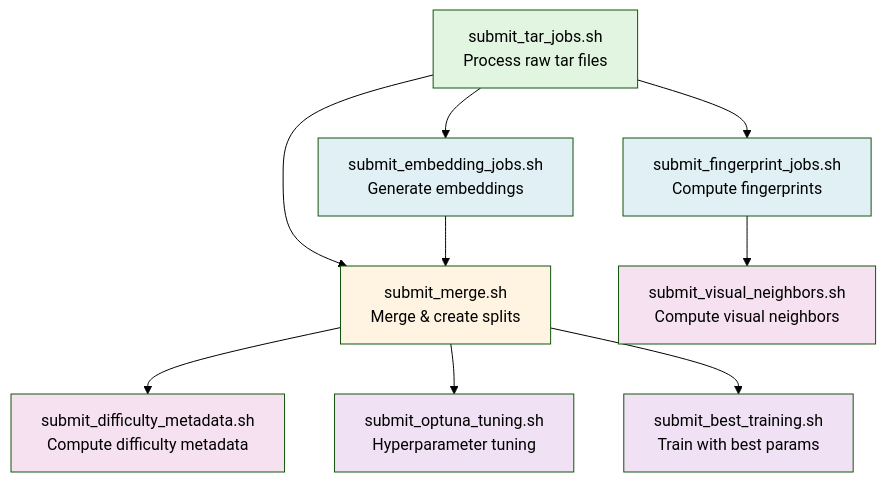
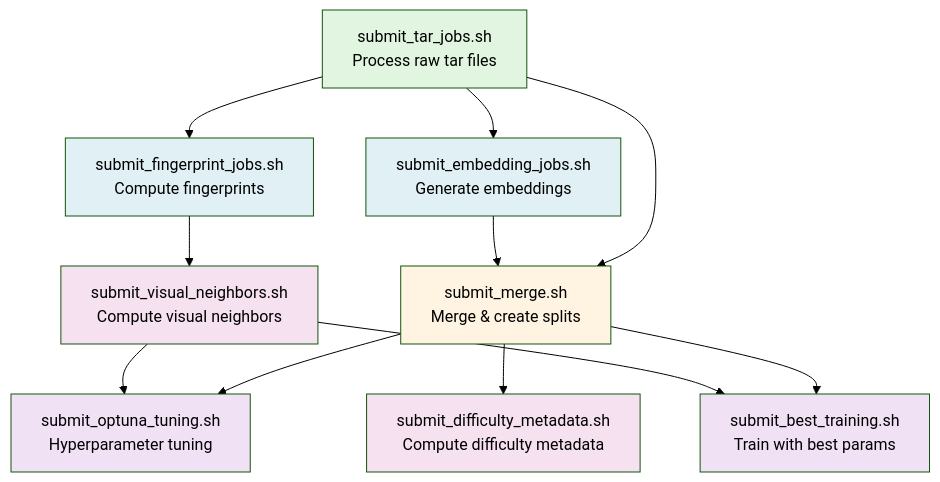
Before and after one commit to alexwolson/spatial-building-embeddings: the diagram in README.md, drawn with Mermaid (forest theme).

Commit message:
Fix dependency graph: training depends on visual neighbors

````diff
--- a/README.md
+++ b/README.md
@@ -9,32 +9,34 @@
 ```mermaid
 flowchart TD
     A[submit_tar_jobs.sh<br/>Process raw tar files]
     
     B[submit_fingerprint_jobs.sh<br/>Compute fingerprints]
     C[submit_embedding_jobs.sh<br/>Generate embeddings]
     
     D[submit_merge.sh<br/>Merge & create splits]
     
     E[submit_difficulty_metadata.sh<br/>Compute difficulty metadata]
     F[submit_visual_neighbors.sh<br/>Compute visual neighbors]
     G[submit_optuna_tuning.sh<br/>Hyperparameter tuning]
     H[submit_best_training.sh<br/>Train with best params]
     
     A --> B
     A --> C
     A --> D
     C --> D
     D --> E
     D --> G
     D --> H
     B --> F
+    F --> G
+    F --> H
     
     style A fill:#e1f5e1
     style B fill:#e1f0f5
     style C fill:#e1f0f5
     style D fill:#fff4e1
     style E fill:#f5e1f0
     style F fill:#f5e1f0
     style G fill:#f0e1f5
     style H fill:#f0e1f5
 ```
````
